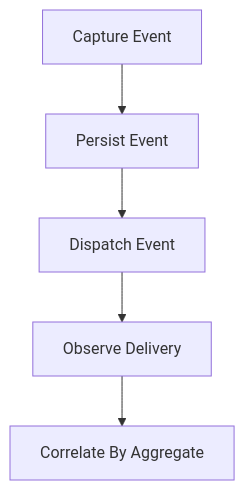
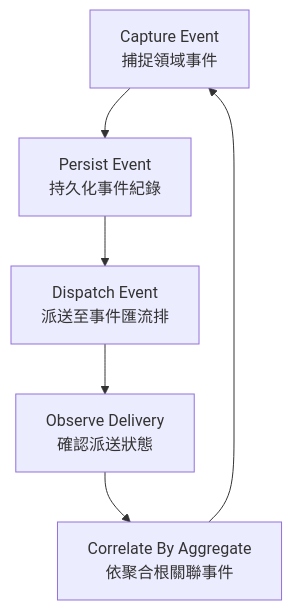
Before and after one commit to 122sp7/xuanwu-app: the diagram in core/event-core/README.md, drawn with Mermaid. The commit also changed other lines of this file and 7 other files, not shown here.

````diff
--- a/core/event-core/README.md
+++ b/core/event-core/README.md
@@ -34,7 +44,8 @@
 ```mermaid
 flowchart TD
-    A[Capture Event] --> B[Persist Event]
-    B --> C[Dispatch Event]
-    C --> D[Observe Delivery]
-    D --> E[Correlate By Aggregate]
+    A[Capture Event<br/>捕捉領域事件] --> B[Persist Event<br/>持久化事件紀錄]
+    B --> C[Dispatch Event<br/>派送至事件匯流排]
+    C --> D[Observe Delivery<br/>確認派送狀態]
+    D --> E[Correlate By Aggregate<br/>依聚合根關聯事件]
+    E --> A
 ```
````
